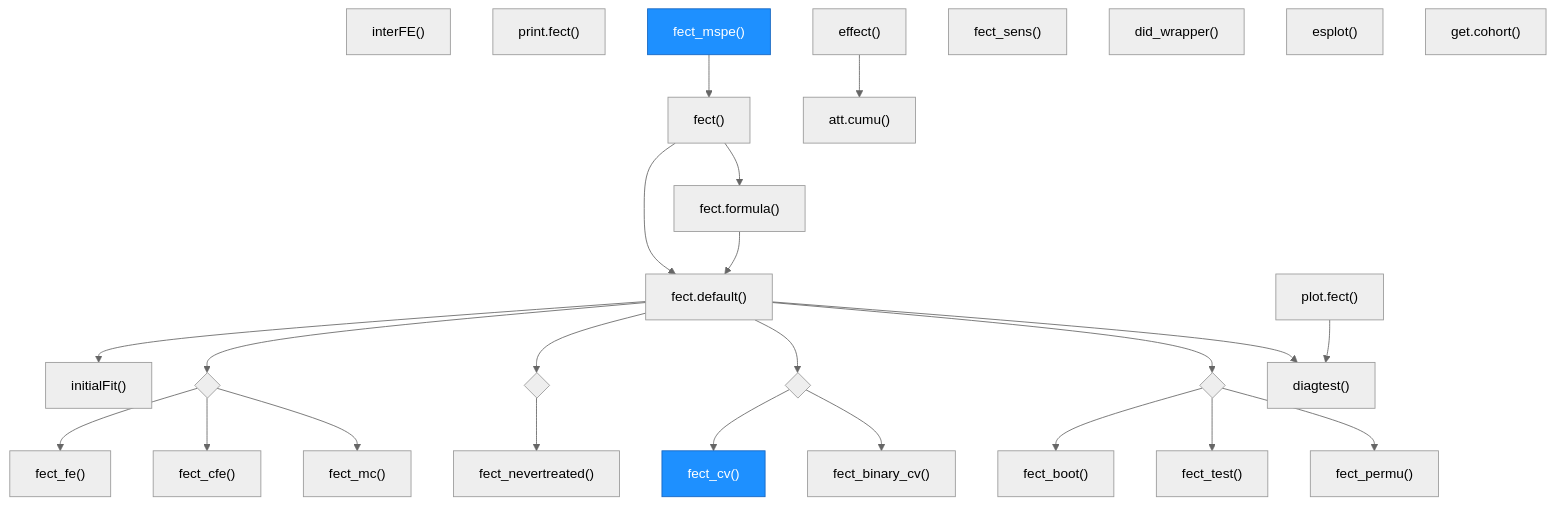
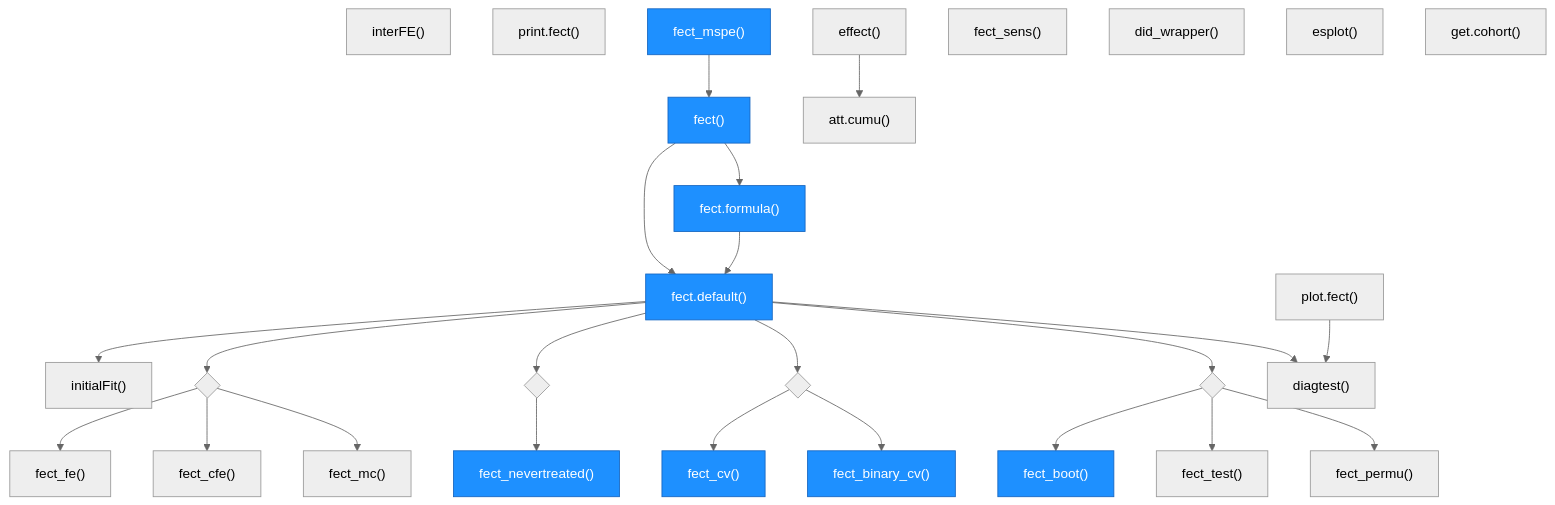
The second of 5 diagrams in architecture.md (xuyiqing/fect), drawn with Mermaid before and after one commit. The commit also changed other lines of this file and 11 other files, not shown here.

````diff
--- a/architecture.md
+++ b/architecture.md
@@ -166,45 +171,51 @@
 ```mermaid
 %%{init: {'theme': 'neutral'}}%%
 graph TD
     fect["fect()"] --> fect_formula["fect.formula()"]
     fect --> fect_default["fect.default()"]
     fect_formula --> fect_default
 
     fect_default --> initialFit["initialFit()"]
 
     fect_default --> R1_route{" "}
     R1_route --> fect_fe["fect_fe()"]
     R1_route --> fect_cfe["fect_cfe()"]
     R1_route --> fect_mc["fect_mc()"]
 
     fect_default --> R2_route{" "}
     R2_route --> fect_nevertreated["fect_nevertreated()"]
 
     fect_default --> R3_route{" "}
     R3_route --> fect_cv["fect_cv()"]
     R3_route --> fect_binary_cv["fect_binary_cv()"]
 
     fect_default --> R4_route{" "}
     R4_route --> fect_boot["fect_boot()"]
     R4_route --> fect_test["fect_test()"]
     R4_route --> fect_permu["fect_permu()"]
 
     fect_default --> diagtest["diagtest()"]
 
     interFE["interFE()"]
     plot_fect["plot.fect()"]
     print_fect["print.fect()"]
     effect_fn["effect()"]
     fect_mspe["fect_mspe()"]
     fect_sens["fect_sens()"]
     did_wrapper["did_wrapper()"]
     esplot_fn["esplot()"]
     get_cohort["get.cohort()"]
 
     plot_fect --> diagtest
     effect_fn --> att_cumu["att.cumu()"]
     fect_mspe --> fect
 
+    style fect fill:#1e90ff,stroke:#1565c0,color:#fff
+    style fect_formula fill:#1e90ff,stroke:#1565c0,color:#fff
+    style fect_default fill:#1e90ff,stroke:#1565c0,color:#fff
+    style fect_cv fill:#1e90ff,stroke:#1565c0,color:#fff
+    style fect_boot fill:#1e90ff,stroke:#1565c0,color:#fff
+    style fect_binary_cv fill:#1e90ff,stroke:#1565c0,color:#fff
     style fect_mspe fill:#1e90ff,stroke:#1565c0,color:#fff
-    style fect_cv fill:#1e90ff,stroke:#1565c0,color:#fff
+    style fect_nevertreated fill:#1e90ff,stroke:#1565c0,color:#fff
 ```
````
